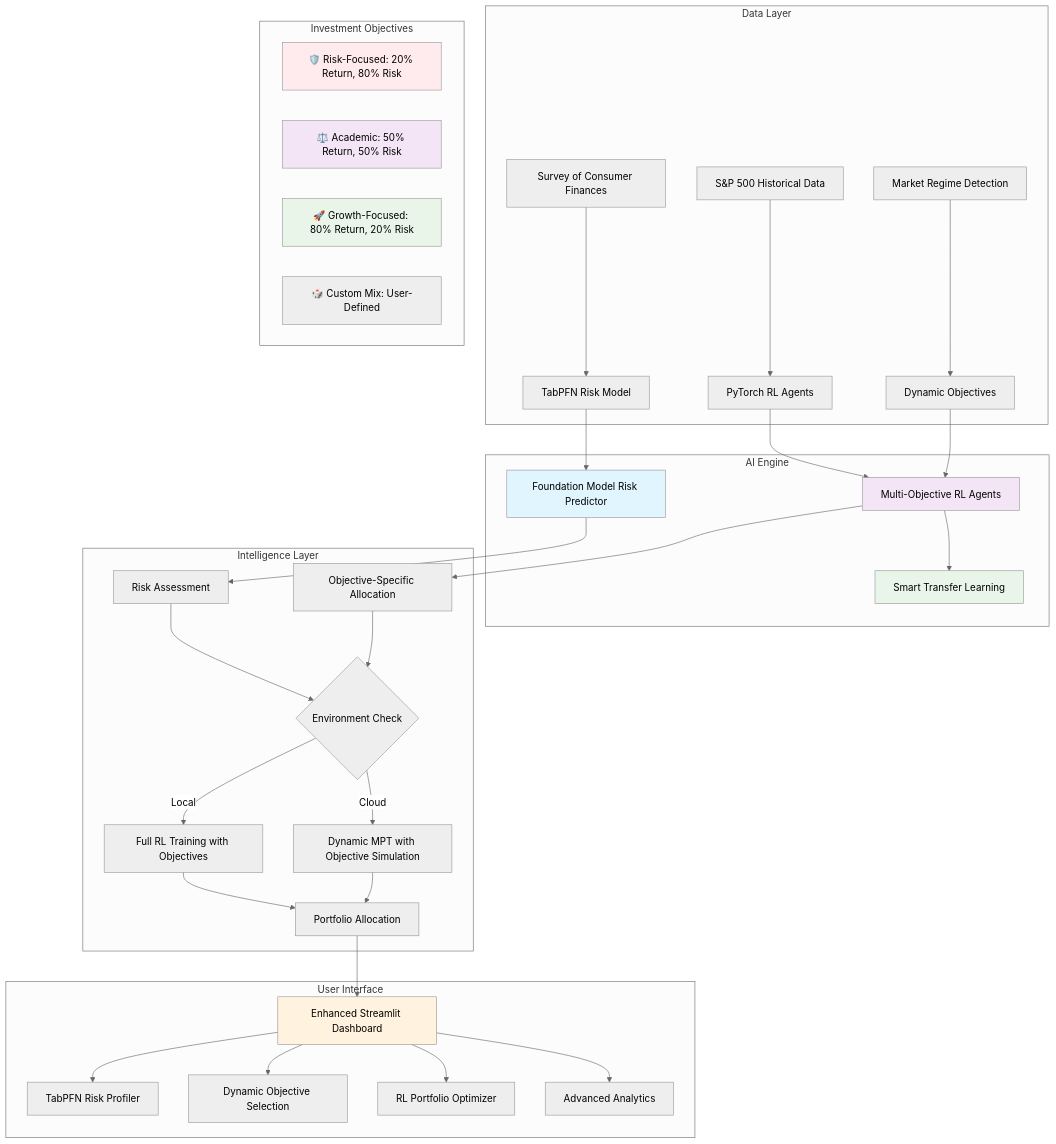
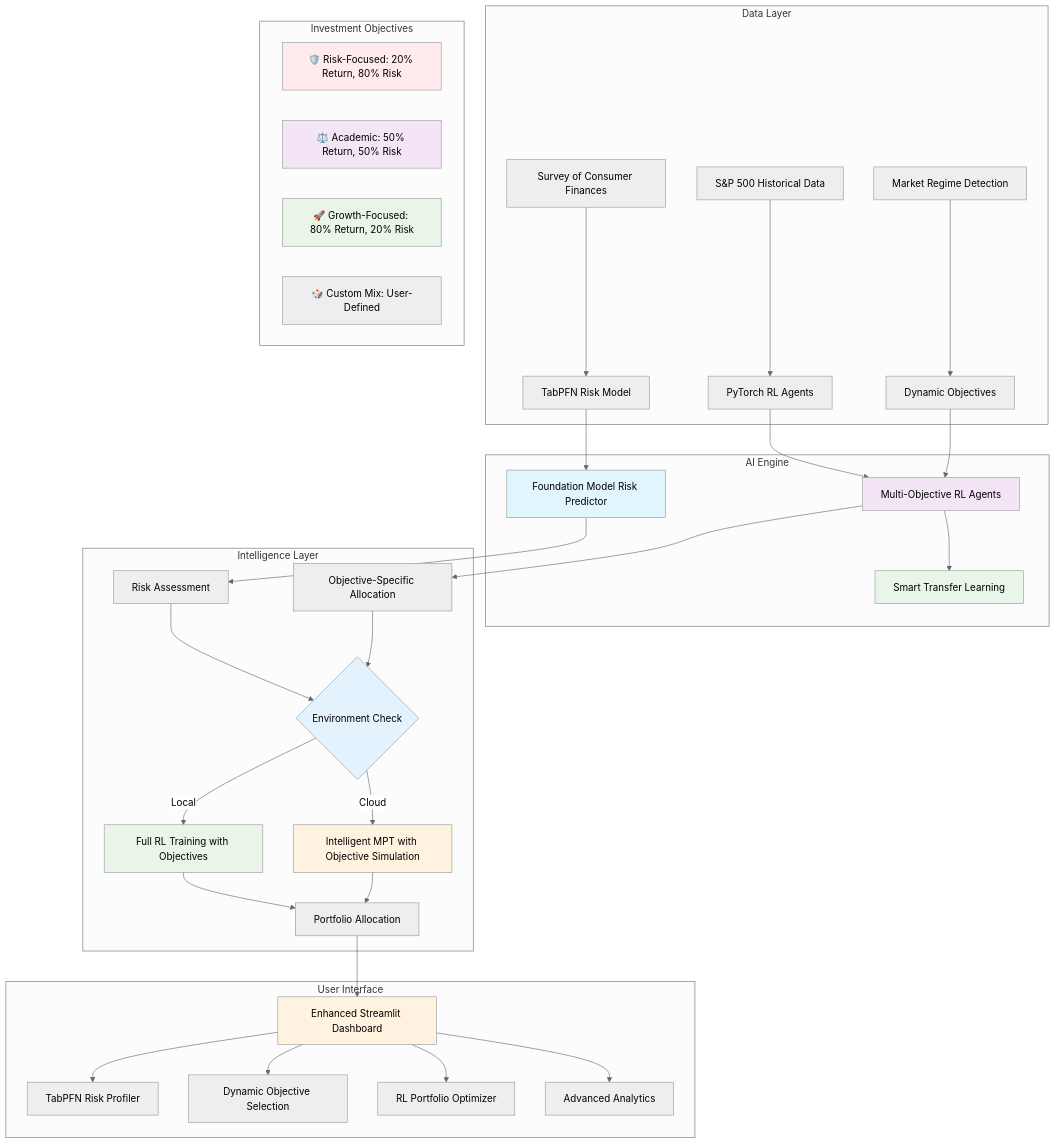
Before and after one commit to Adredes-weslee/Using_Artificial_Intelligence_to_Develop_a_Robo_Advisor: the diagram in README.md, drawn with Mermaid (neutral theme). The commit also changed other lines of this file, not shown here.

Commit message:
Enhance README for cloud deployment; clarify dual environment support, improve risk profiling descriptions, and detail cloud optimization features.

````diff
--- a/README.md
+++ b/README.md
@@ -30,49 +32,52 @@
 ```mermaid
 graph TB
     subgraph "Data Layer"
         A[Survey of Consumer Finances] --> B[TabPFN Risk Model]
         C[S&P 500 Historical Data] --> D[PyTorch RL Agents]
         E[Market Regime Detection] --> F[Dynamic Objectives]
     end
     
     subgraph "AI Engine"
         B --> G[Foundation Model Risk Predictor]
         D --> H[Multi-Objective RL Agents]
         F --> H
         H --> I[Smart Transfer Learning]
     end
     
     subgraph "Investment Objectives"
         J[🛡️ Risk-Focused: 20% Return, 80% Risk]
         K[⚖️ Academic: 50% Return, 50% Risk]
         L[🚀 Growth-Focused: 80% Return, 20% Risk]
         M[🎲 Custom Mix: User-Defined]
     end
     
     subgraph "Intelligence Layer"
         G --> N[Risk Assessment]
         H --> O[Objective-Specific Allocation]
         N --> P{Environment Check}
         O --> P
         P -->|Local| Q[Full RL Training with Objectives]
-        P -->|Cloud| R[Dynamic MPT with Objective Simulation]
+        P -->|Cloud| R[Intelligent MPT with Objective Simulation]
         Q --> S[Portfolio Allocation]
         R --> S
     end
     
     subgraph "User Interface"
         S --> T[Enhanced Streamlit Dashboard]
         T --> U[TabPFN Risk Profiler]
         T --> V[Dynamic Objective Selection]
         T --> W[RL Portfolio Optimizer]
         T --> X[Advanced Analytics]
     end
     
     style G fill:#e1f5fe
     style H fill:#f3e5f5
     style T fill:#fff3e0
     style I fill:#e8f5e8
     style J fill:#ffebee
     style K fill:#f3e5f5
     style L fill:#e8f5e8
+    style P fill:#e3f2fd
+    style Q fill:#e8f5e8
+    style R fill:#fff3e0
 ```
````
